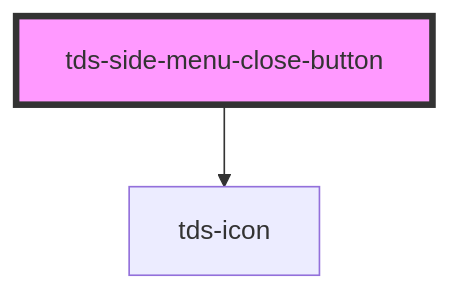
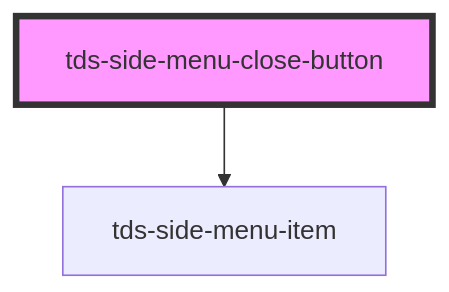
The diagram in packages/core/src/components/side-menu/side-menu-close-button/readme.md (scania-digital-design-system/tegel), drawn with Mermaid before and after one commit. The commit also changed other lines of this file and 26 other files, not shown here.

Commit message:
feat(side-menu): add multibrand tokens

````diff
--- a/packages/core/src/components/side-menu/side-menu-close-button/readme.md
+++ b/packages/core/src/components/side-menu/side-menu-close-button/readme.md
@@ -15,5 +15,5 @@
 ```mermaid
 graph TD;
-  tds-side-menu-close-button --> tds-icon
+  tds-side-menu-close-button --> tds-side-menu-item
   style tds-side-menu-close-button fill:#f9f,stroke:#333,stroke-width:4px
 ```
````
